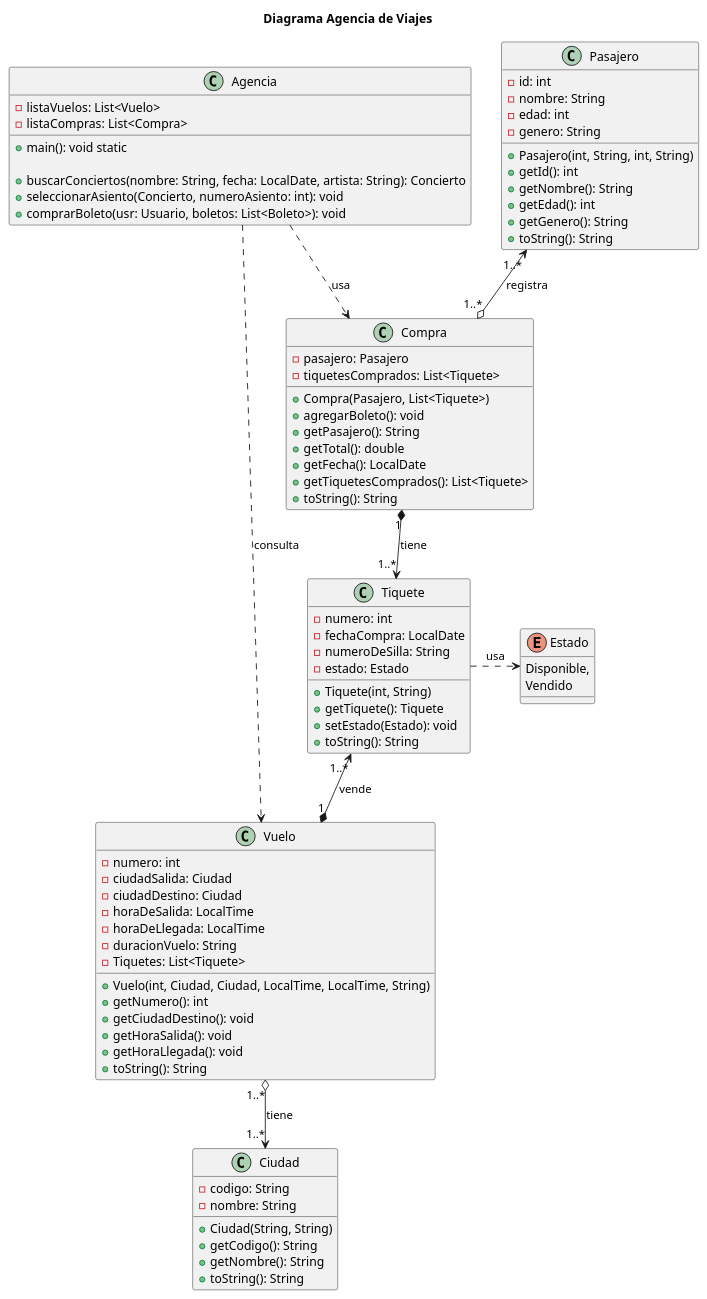
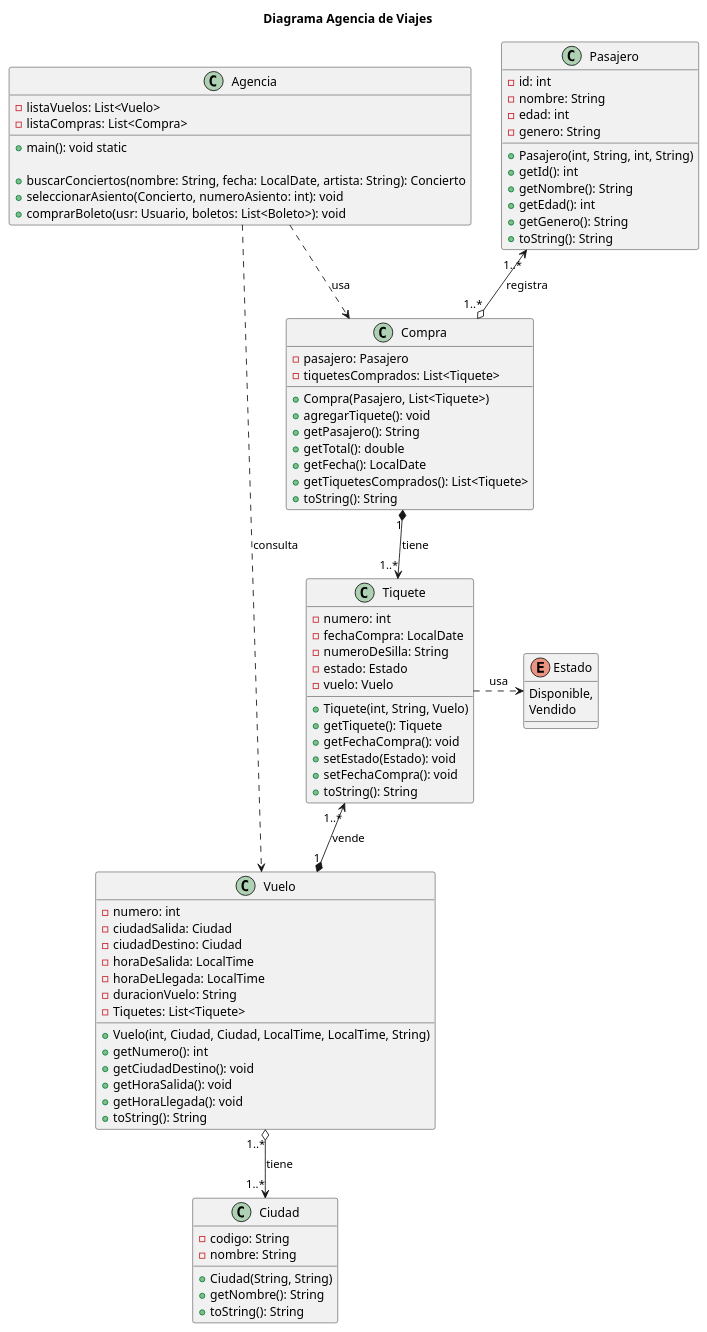
One commit to KuilmerHC/Fundamentos changed the diagram in Parcial1/Parcial1/src/Ejercicio1/Diagrama/diagrama.puml. Above: the diagram before and after it, drawn with PlantUML.

Commit message:
diagrama

```diff
--- a/Parcial1/Parcial1/src/Ejercicio1/Diagrama/diagrama.puml
+++ b/Parcial1/Parcial1/src/Ejercicio1/Diagrama/diagrama.puml
@@ -1,93 +1,95 @@
 @startuml Diagrama 1
 title Diagrama Agencia de Viajes
 
 class Pasajero{
     -id: int
     -nombre: String
     -edad: int
     -genero: String
     +Pasajero(int, String, int, String)
     +getId(): int
     +getNombre(): String
     +getEdad(): int
     +getGenero(): String
     +toString(): String
 }
 
 class Vuelo{
     -numero: int
     -ciudadSalida: Ciudad
     -ciudadDestino: Ciudad
     -horaDeSalida: LocalTime
     -horaDeLlegada: LocalTime
     -duracionVuelo: String
     -Tiquetes: List<Tiquete>
     +Vuelo(int, Ciudad, Ciudad, LocalTime, LocalTime, String)
     +getNumero(): int
     +getCiudadDestino(): void
     +getHoraSalida(): void
     +getHoraLlegada(): void
     +toString(): String
 }
 
 enum Estado{
     Disponible,
     Vendido
 }
 
 class Tiquete{
     -numero: int
     -fechaCompra: LocalDate
     -numeroDeSilla: String
     -estado: Estado
-    +Tiquete(int, String)
+    -vuelo: Vuelo
+    +Tiquete(int, String, Vuelo)
     +getTiquete(): Tiquete
+    +getFechaCompra(): void
     +setEstado(Estado): void
+    +setFechaCompra(): void
     +toString(): String
 }
 
 class Ciudad{
     -codigo: String
     -nombre: String
     +Ciudad(String, String)
-    +getCodigo(): String
     +getNombre(): String
     +toString(): String
 }
 
 
 class Compra{
     -pasajero: Pasajero
     -tiquetesComprados: List<Tiquete>
     +Compra(Pasajero, List<Tiquete>)
-    +agregarBoleto(): void
+    +agregarTiquete(): void
     +getPasajero(): String
     +getTotal(): double
     +getFecha(): LocalDate
     +getTiquetesComprados(): List<Tiquete>
     +toString(): String
 }
 
 
 class Agencia{
     -listaVuelos: List<Vuelo>
     -listaCompras: List<Compra>
     +main(): void static
 
     +buscarConciertos(nombre: String, fecha: LocalDate, artista: String): Concierto
     +seleccionarAsiento(Concierto, numeroAsiento: int): void
     +comprarBoleto(usr: Usuario, boletos: List<Boleto>): void
 } 
 
 
 Tiquete .> Estado: usa
 
 Agencia ..> Compra: usa
 Agencia ..> Vuelo: consulta
 
 Pasajero "1..*" <--o "1..*" Compra: registra
 Compra "1" *--> "1..*" Tiquete: tiene
 Tiquete "1..*" <--* "1" Vuelo: vende
 Vuelo "1..*" o--> "1..*" Ciudad: tiene
 
 @enduml
```
